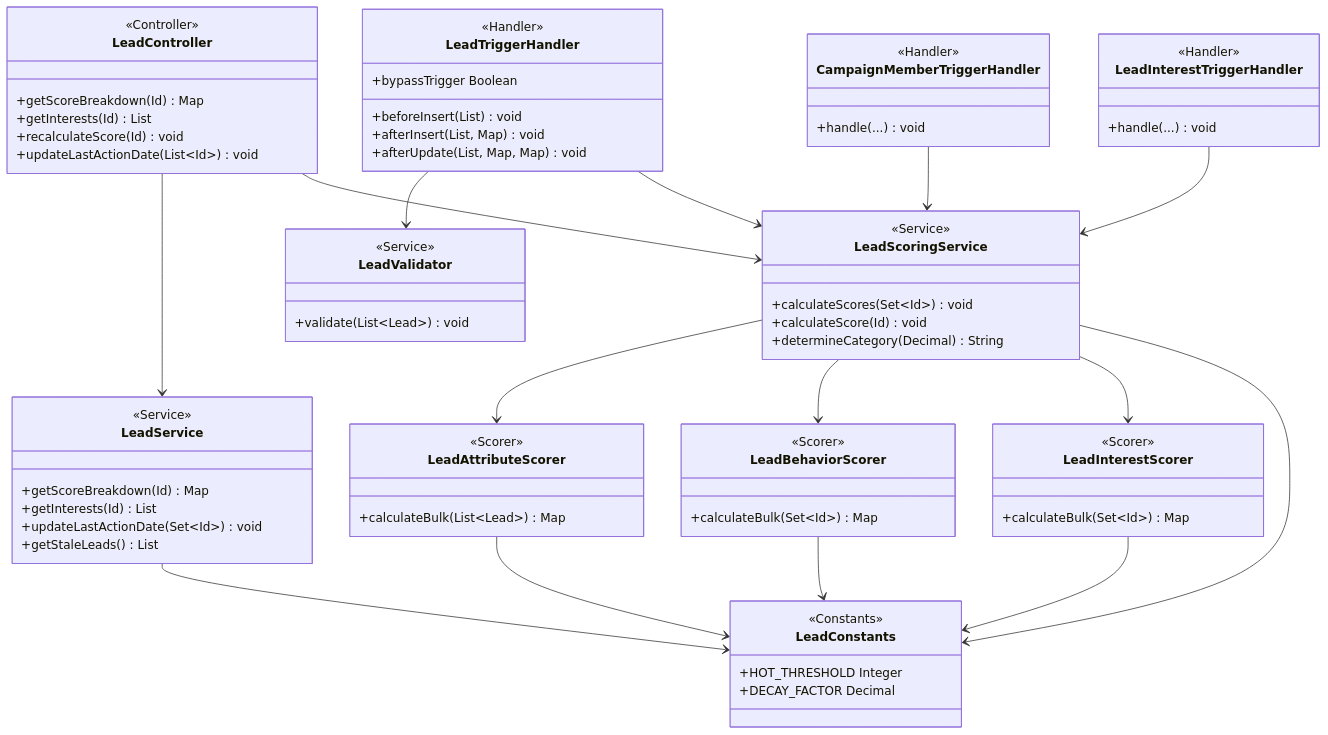
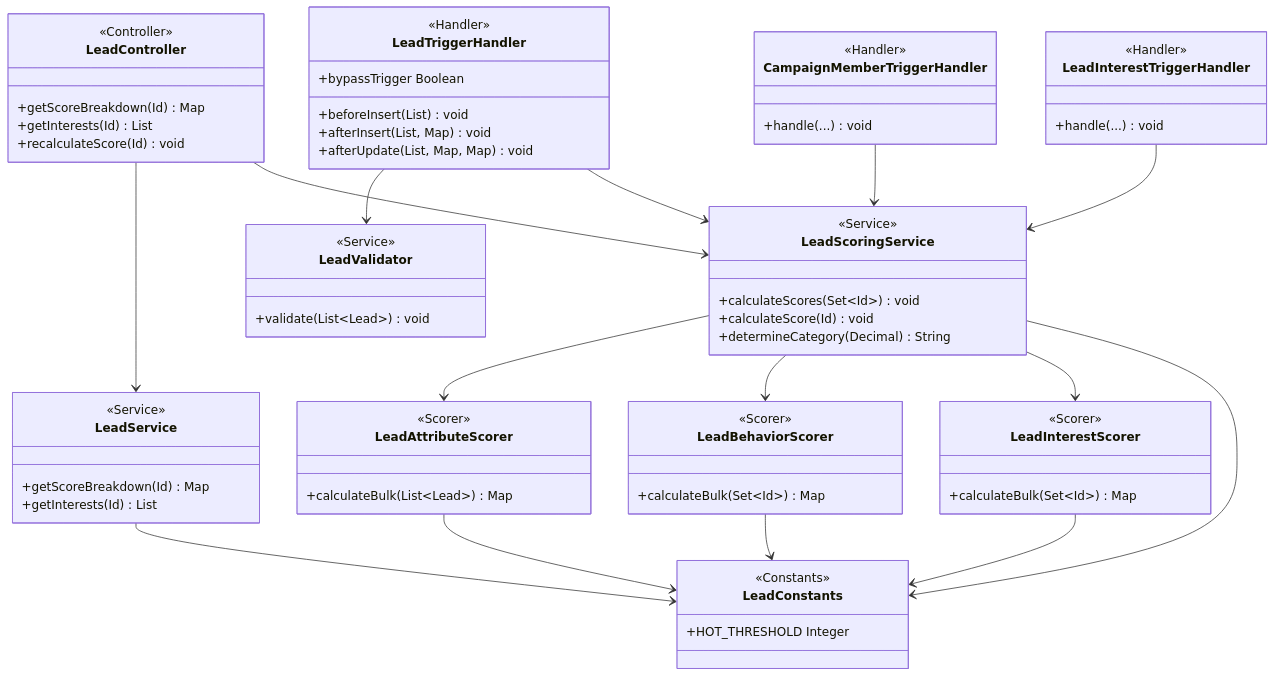
The fourth of 9 diagrams in docs/design-diagrams.md (fujiwayayoshiki2001/sf-ai-development-2026), drawn with Mermaid before and after one commit. The commit also changed other lines of this file and 21 other files, not shown here.

````diff
--- a/docs/design-diagrams.md
+++ b/docs/design-diagrams.md
@@ -200,74 +199,70 @@
 ```mermaid
 classDiagram
     class LeadController {
         <<Controller>>
         +getScoreBreakdown(Id) Map
         +getInterests(Id) List
         +recalculateScore(Id) void
-        +updateLastActionDate(List~Id~) void
     }
     class LeadService {
         <<Service>>
         +getScoreBreakdown(Id) Map
         +getInterests(Id) List
-        +updateLastActionDate(Set~Id~) void
-        +getStaleLeads() List
     }
     class LeadValidator {
         <<Service>>
         +validate(List~Lead~) void
     }
     class LeadScoringService {
         <<Service>>
         +calculateScores(Set~Id~) void
         +calculateScore(Id) void
         +determineCategory(Decimal) String
     }
     class LeadAttributeScorer {
         <<Scorer>>
         +calculateBulk(List~Lead~) Map
     }
     class LeadBehaviorScorer {
         <<Scorer>>
         +calculateBulk(Set~Id~) Map
     }
     class LeadInterestScorer {
         <<Scorer>>
         +calculateBulk(Set~Id~) Map
     }
     class LeadConstants {
         <<Constants>>
         +HOT_THRESHOLD Integer
-        +DECAY_FACTOR Decimal
     }
     class LeadTriggerHandler {
         <<Handler>>
         +bypassTrigger Boolean
         +beforeInsert(List) void
         +afterInsert(List, Map) void
         +afterUpdate(List, Map, Map) void
     }
     class CampaignMemberTriggerHandler {
         <<Handler>>
         +handle(...) void
     }
     class LeadInterestTriggerHandler {
         <<Handler>>
         +handle(...) void
     }
 
     LeadController --> LeadService
     LeadController --> LeadScoringService
     LeadService --> LeadConstants
     LeadScoringService --> LeadAttributeScorer
     LeadScoringService --> LeadBehaviorScorer
     LeadScoringService --> LeadInterestScorer
     LeadScoringService --> LeadConstants
     LeadAttributeScorer --> LeadConstants
     LeadBehaviorScorer --> LeadConstants
     LeadInterestScorer --> LeadConstants
     LeadTriggerHandler --> LeadValidator
     LeadTriggerHandler --> LeadScoringService
     CampaignMemberTriggerHandler --> LeadScoringService
     LeadInterestTriggerHandler --> LeadScoringService
 ```
````
